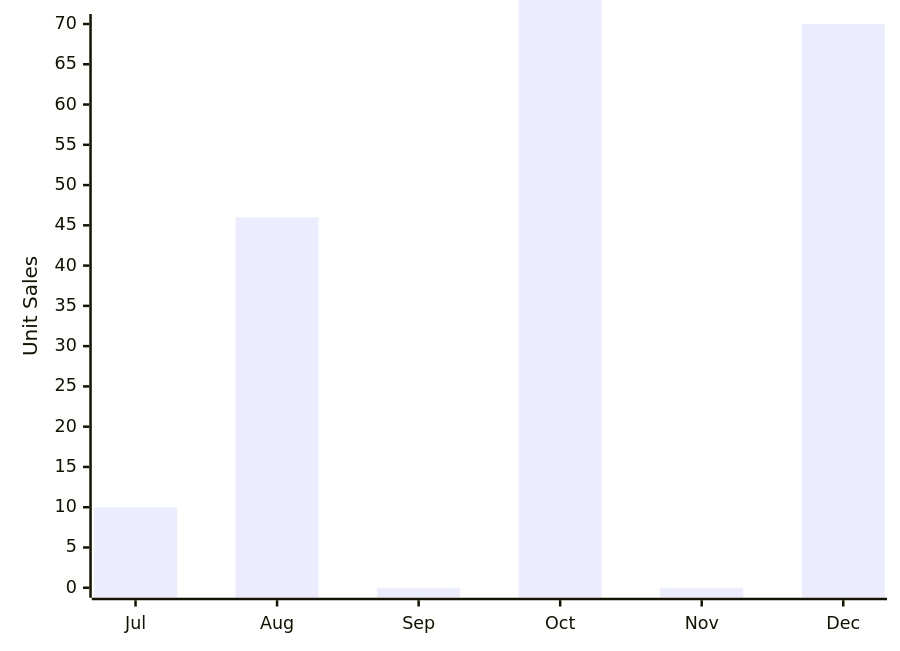
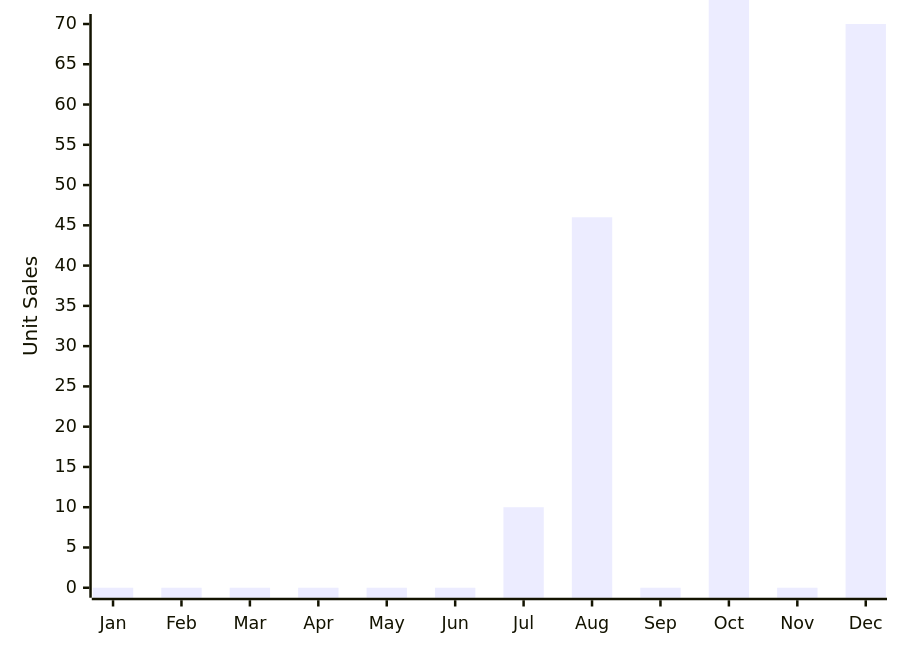
Before and after one commit to up-n-atom/8311: the fifth of 6 diagrams in docs/discord/group-buys.md, drawn with Mermaid. The commit also changed other lines of this file, not shown here.

````diff
--- a/docs/discord/group-buys.md
+++ b/docs/discord/group-buys.md
@@ -57,6 +57,6 @@
 ``` mermaid
 xychart-beta
-    x-axis [Jul, Aug, Sep, Oct, Nov, Dec]
+    x-axis [Jan, Feb, Mar, Apr, May, Jun, Jul, Aug, Sep, Oct, Nov, Dec]
     y-axis "Unit Sales" 0 --> 70
-    bar [10, 46, 0, 110, 0, 70]
+    bar [0, 0, 0, 0, 0, 0, 10, 46, 0, 110, 0, 70]
 ```
````
